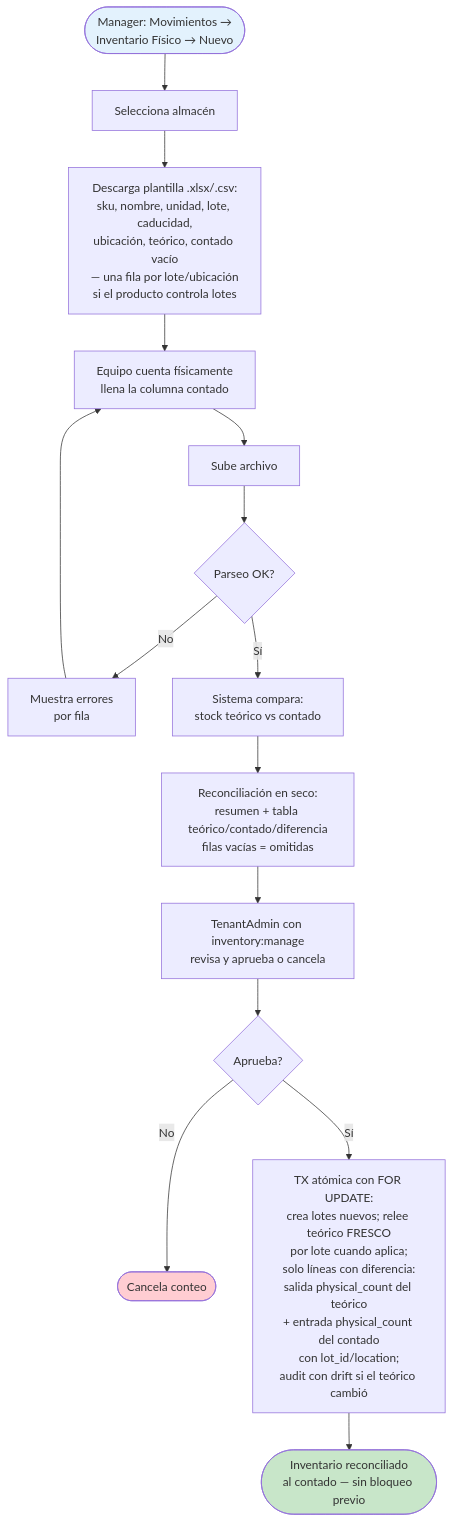
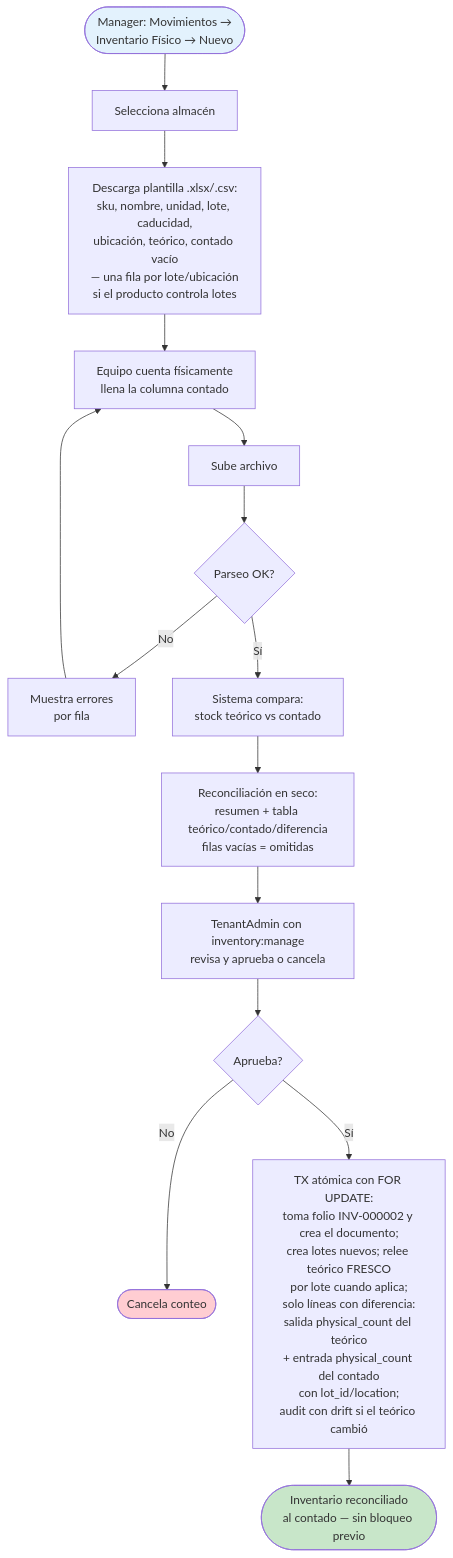
One commit to carloshlm/sellpoint changed the tenth of 12 diagrams in FLUJOS.md. Above: the diagram before and after it, drawn with Mermaid. The commit also changed other lines of this file and 4 other files, not shown here.

````diff
--- a/FLUJOS.md
+++ b/FLUJOS.md
@@ -429,23 +459,23 @@
 ```mermaid
 flowchart TD
     Start([Manager: Movimientos →<br/>Inventario Físico → Nuevo]) --> SelWh[Selecciona almacén]
     SelWh --> Template[Descarga plantilla .xlsx/.csv:<br/>sku, nombre, unidad, lote, caducidad,<br/>ubicación, teórico, contado vacío<br/>— una fila por lote/ubicación<br/>si el producto controla lotes]
     Template --> Count[Equipo cuenta físicamente<br/>llena la columna contado]
     Count --> Upload[Sube archivo]
 
     Upload --> ParseFile{Parseo OK?}
     ParseFile -->|No| Errors[Muestra errores<br/>por fila]
     Errors --> Count
     ParseFile -->|Sí| Reconcile[Sistema compara:<br/>stock teórico vs contado]
 
     Reconcile --> ShowReport[Reconciliación en seco:<br/>resumen + tabla teórico/contado/diferencia<br/>filas vacías = omitidas]
     ShowReport --> Review[TenantAdmin con inventory:manage<br/>revisa y aprueba o cancela]
     Review --> Approve{Aprueba?}
     Approve -->|No| Cancel([Cancela conteo])
-    Approve -->|Sí| TX[TX atómica con FOR UPDATE:<br/>crea lotes nuevos; relee teórico FRESCO<br/>por lote cuando aplica;<br/>solo líneas con diferencia:<br/>salida physical_count del teórico<br/>+ entrada physical_count del contado<br/>con lot_id/location;<br/>audit con drift si el teórico cambió]
+    Approve -->|Sí| TX[TX atómica con FOR UPDATE:<br/>toma folio INV-000002 y crea el documento;<br/>crea lotes nuevos; relee teórico FRESCO<br/>por lote cuando aplica;<br/>solo líneas con diferencia:<br/>salida physical_count del teórico<br/>+ entrada physical_count del contado<br/>con lot_id/location;<br/>audit con drift si el teórico cambió]
     TX --> Done([Inventario reconciliado<br/>al contado — sin bloqueo previo])
 
     style Start fill:#e3f2fd
     style Done fill:#c8e6c9
     style Cancel fill:#ffcdd2
 ```
````
